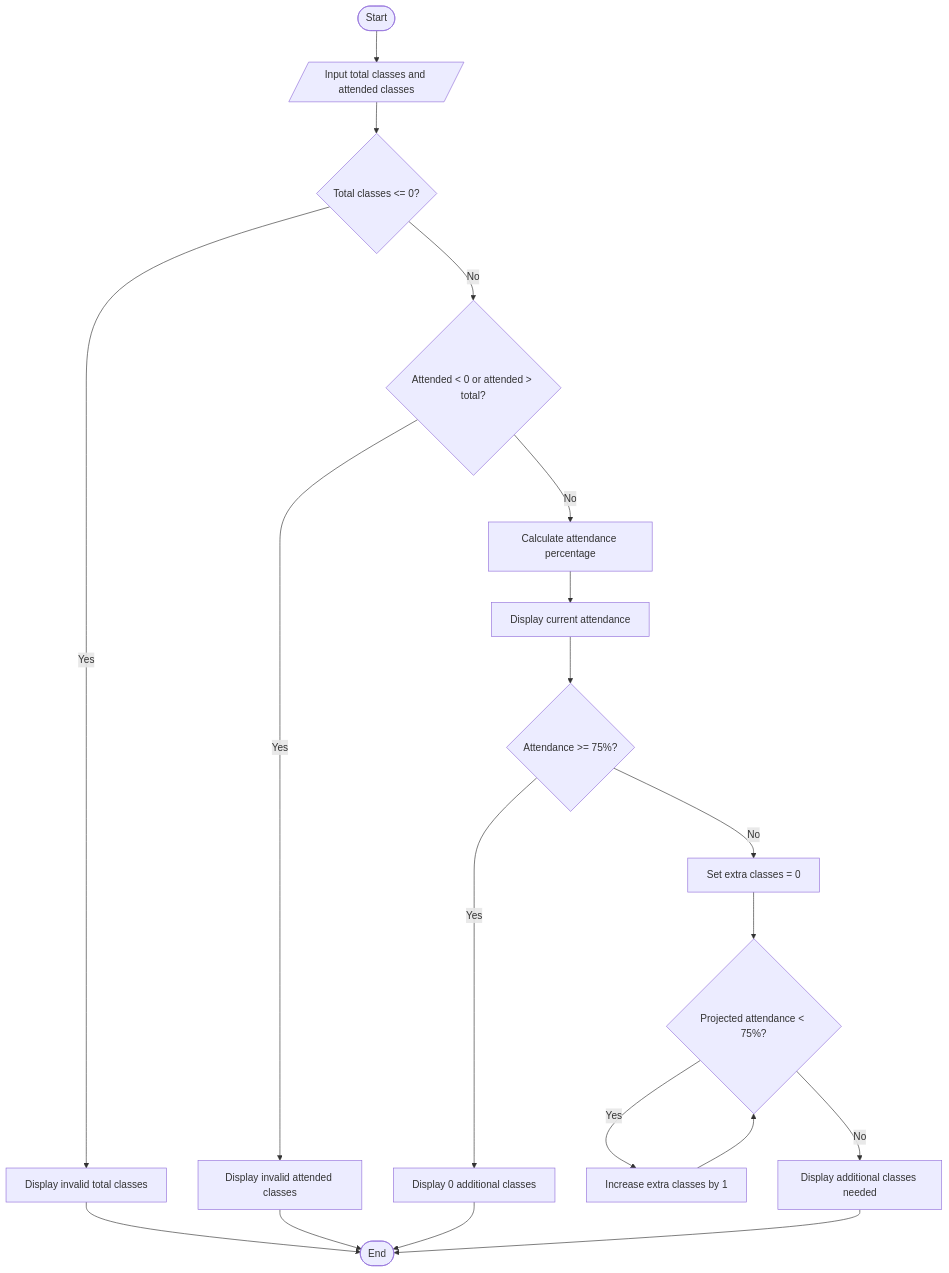
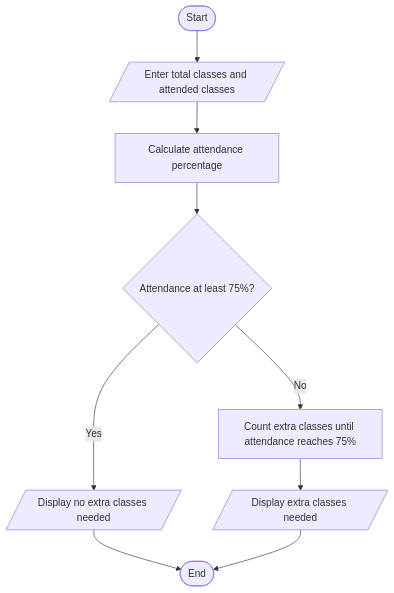
One commit to AmulyaShaineyCh/ABL-PYTHON changed the diagram in 01_Attendance_Recovery/flowchart.md. Above: the diagram before and after it, drawn with Mermaid. The commit also changed other lines of this file, not shown here.

Commit message:
Simplify diagrammatic flowchart for project 1

````diff
--- a/01_Attendance_Recovery/flowchart.md
+++ b/01_Attendance_Recovery/flowchart.md
@@ -3,21 +3,11 @@
 ```mermaid
 flowchart TD
-    A([Start]) --> B[/Input total classes and attended classes/]
-    B --> C{Total classes <= 0?}
-    C -- Yes --> D[Display invalid total classes]
-    D --> Z([End])
-    C -- No --> E{Attended < 0 or attended > total?}
-    E -- Yes --> F[Display invalid attended classes]
-    F --> Z
-    E -- No --> G[Calculate attendance percentage]
-    G --> H[Display current attendance]
-    H --> I{Attendance >= 75%?}
-    I -- Yes --> J[Display 0 additional classes]
-    J --> Z
-    I -- No --> K[Set extra classes = 0]
-    K --> L{Projected attendance < 75%?}
-    L -- Yes --> M[Increase extra classes by 1]
-    M --> L
-    L -- No --> N[Display additional classes needed]
-    N --> Z
+ A([Start]) --> B[/Enter total classes and attended classes/]
+ B --> C[Calculate attendance percentage]
+ C --> D{Attendance at least 75%?}
+ D -- Yes --> E[/Display no extra classes needed/]
+ D -- No --> F[Count extra classes until attendance reaches 75%]
+ F --> G[/Display extra classes needed/]
+ E --> H([End])
+ G --> H
 ```
````
